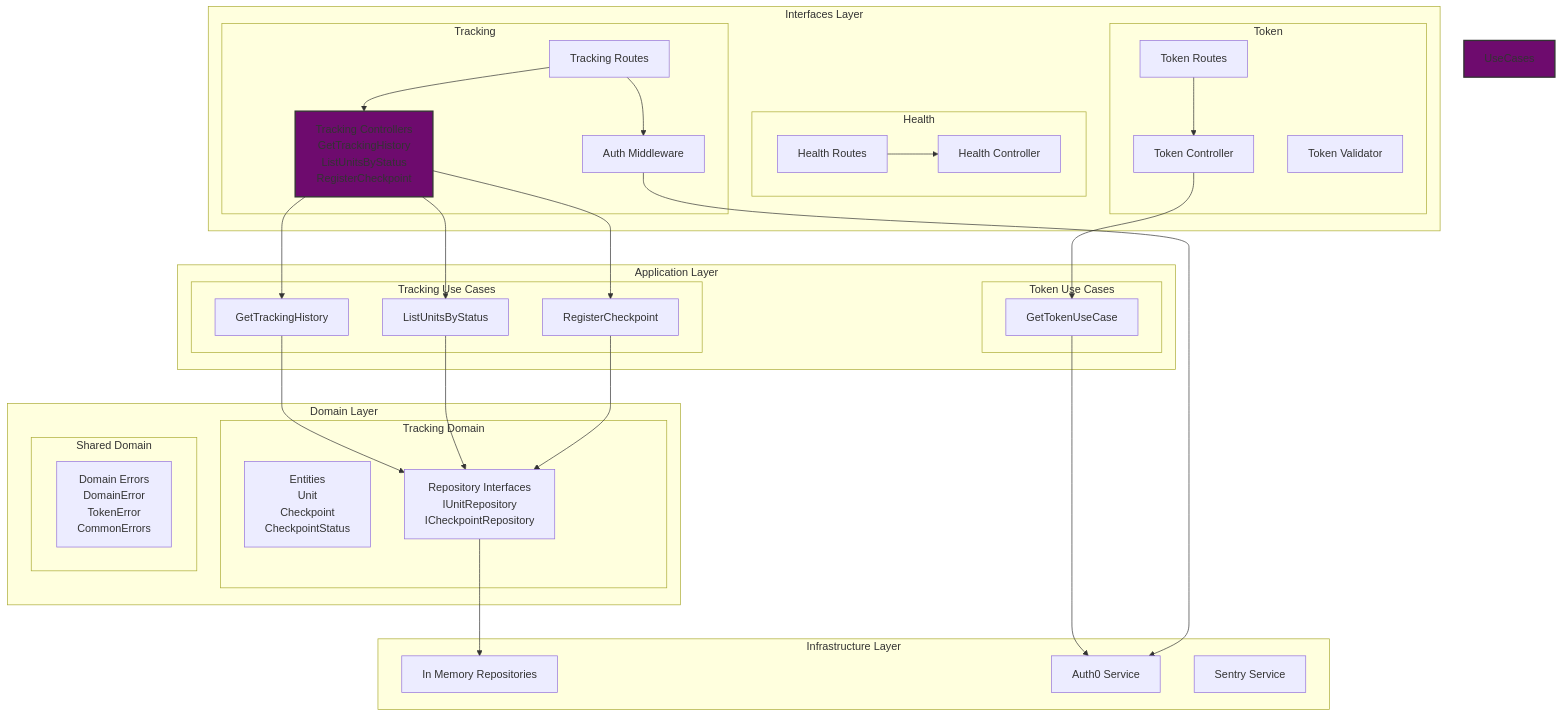
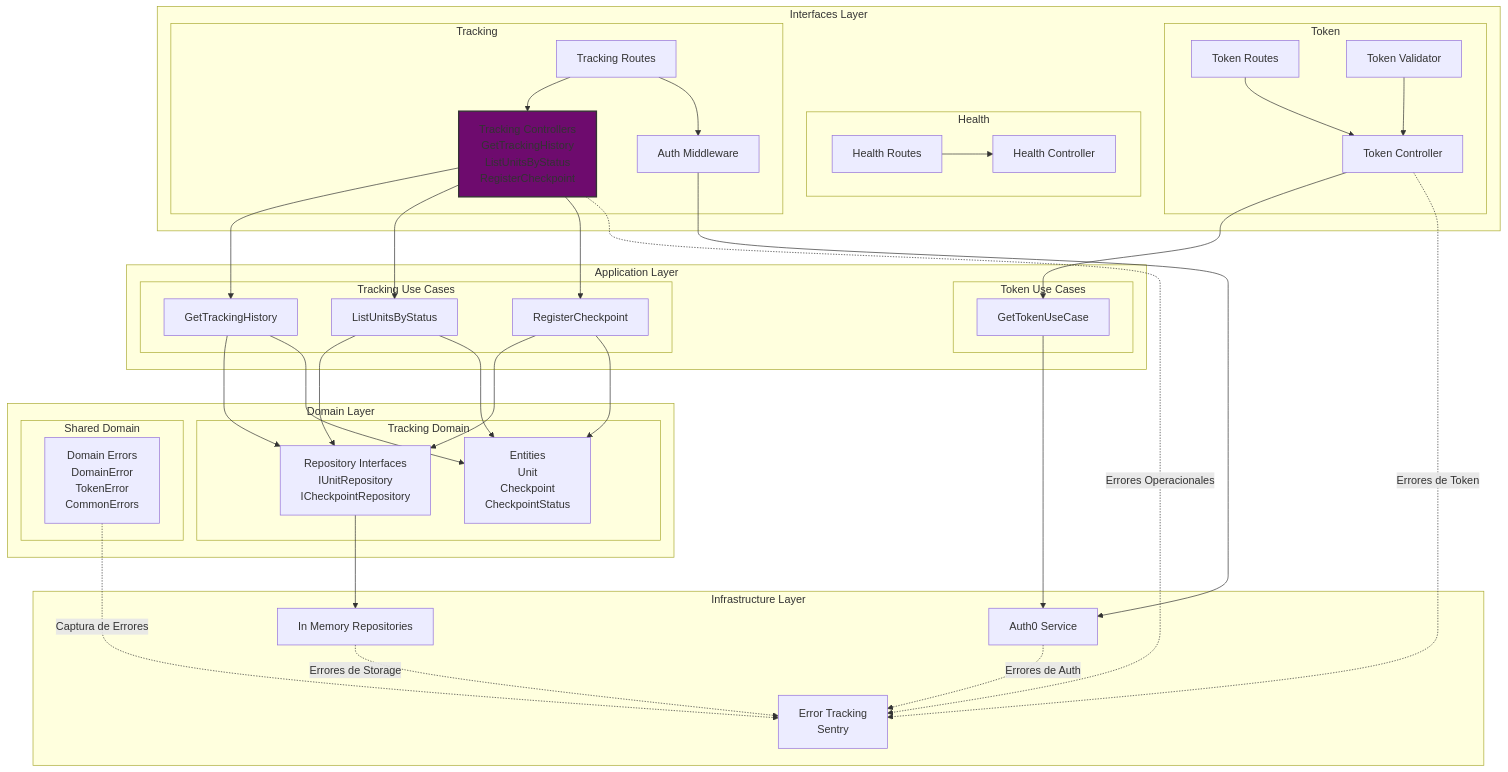
One commit to otherside9710/tracking-api changed the third of 4 diagrams in ARCHITECTURE.md. Above: the diagram before and after it, drawn with Mermaid. The commit also changed other lines of this file, not shown here.

Commit message:
docs: update architecture md

````diff
--- a/ARCHITECTURE.md
+++ b/ARCHITECTURE.md
@@ -95,7 +97,7 @@
     subgraph "Infrastructure Layer"
         InMemoryRepos[In Memory Repositories]
         Auth0Service[Auth0 Service]
-        SentryService[Sentry Service]
+        SentryService[Error Tracking<br/>Sentry]
     end
     
     %% Relaciones de interfaces
@@ -103,6 +105,7 @@
     TokenRoutes --> TokenController
     TrackingRoutes --> TrackingControllers
     TrackingRoutes --> AuthMiddleware
+    TokenValidator --> TokenController
     
     %% Relaciones de casos de uso
     TrackingControllers --> GetTrackingHistory
@@ -115,12 +118,21 @@
     ListUnitsByStatus --> TrackingRepos
     RegisterCheckpoint --> TrackingRepos
     GetTokenUseCase --> Auth0Service
+    RegisterCheckpoint --> TrackingEntities
+    GetTrackingHistory --> TrackingEntities
+    ListUnitsByStatus --> TrackingEntities
     
     %% Relaciones con infraestructura
     TrackingRepos --> InMemoryRepos
     AuthMiddleware --> Auth0Service
     
+    %% Manejo de errores
+    DomainErrors -.->|Captura de Errores| SentryService
+    InMemoryRepos -.->|Errores de Storage| SentryService
+    Auth0Service -.->|Errores de Auth| SentryService
+    TrackingControllers -.->|Errores Operacionales| SentryService
+    TokenController -.->|Errores de Token| SentryService
+    
     style TrackingControllers fill:#6E0B6E,stroke:#333,stroke-width:2px
     
-    style UseCases fill:#6E0B6E,stroke:#333,stroke-width:2px
 ```
````
